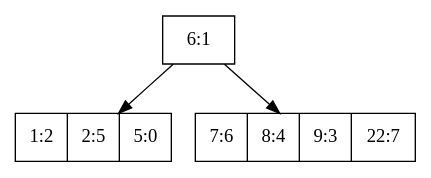
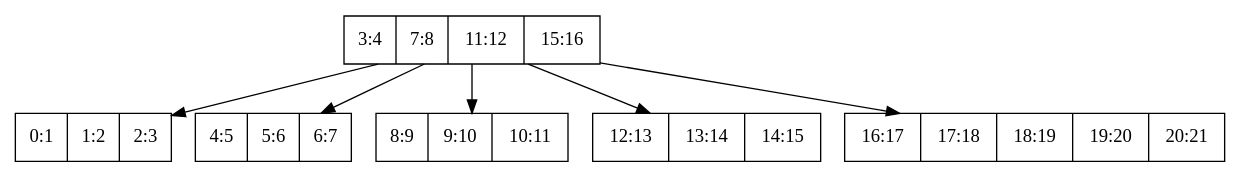
Before and after one commit to santiago3223/ULaSalle: the diagram in BTreeIndex/archivo.dot, drawn with Graphviz. The commit also changed 145 other files, not shown here.

```diff
--- a/BTreeIndex/archivo.dot
+++ b/BTreeIndex/archivo.dot
@@ -1,7 +1,13 @@
 digraph {
-"118"[shape=record, label="{{ 6:1} } "];
-"4"[shape=record, label="{{ 1:2|2:5|5:0} } "];
-"118"->"4"
-"61"[shape=record, label="{{ 7:6|8:4|9:3|22:7} } "];
-"118"->"61"
+"166"[shape=record, label="{{ 3:4|7:8|11:12|15:16} } "];
+"4"[shape=record, label="{{ 0:1|1:2|2:3} } "];
+"166"->"4"
+"85"[shape=record, label="{{ 4:5|5:6|6:7} } "];
+"166"->"85"
+"247"[shape=record, label="{{ 8:9|9:10|10:11} } "];
+"166"->"247"
+"328"[shape=record, label="{{ 12:13|13:14|14:15} } "];
+"166"->"328"
+"409"[shape=record, label="{{ 16:17|17:18|18:19|19:20|20:21} } "];
+"166"->"409"
  }
```
